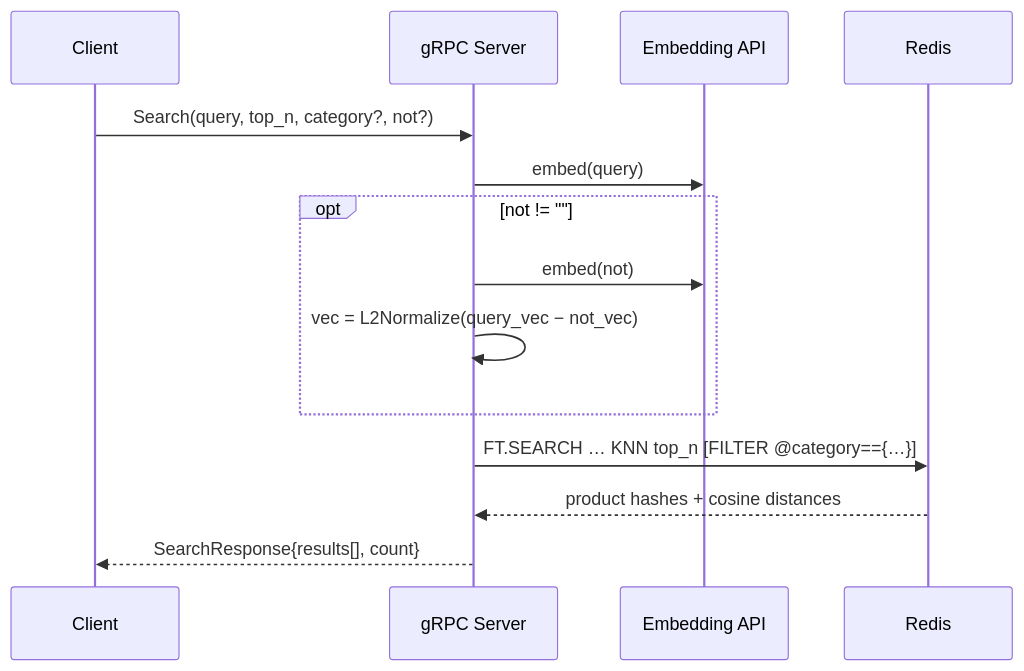
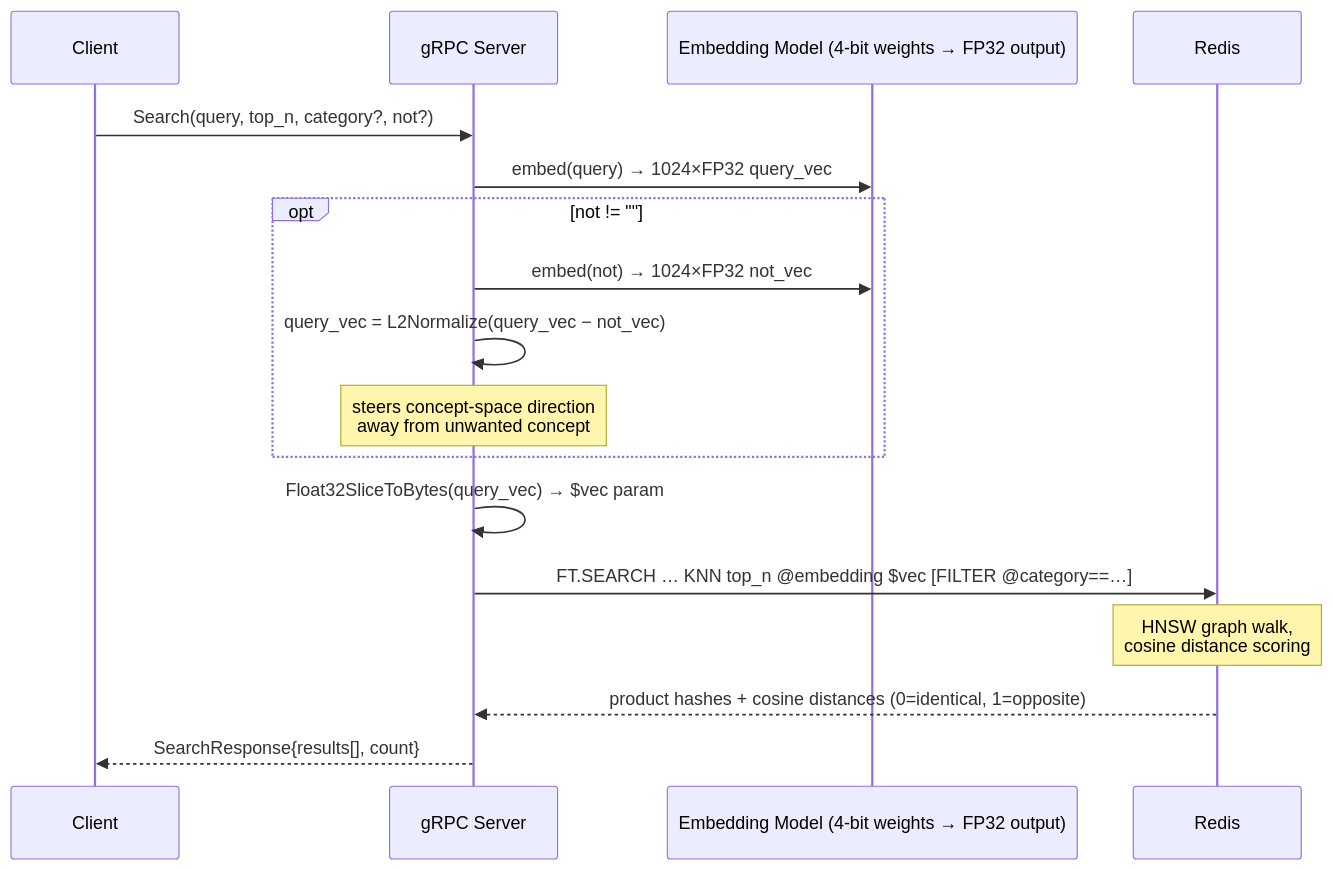
The third of 3 diagrams in README.md (joshdurbin/redis_vector_search_poc), drawn with Mermaid before and after one commit. The commit also changed other lines of this file, not shown here.

````diff
--- a/README.md
+++ b/README.md
@@ -47,17 +51,20 @@
 ```mermaid
 sequenceDiagram
     participant C as Client
     participant S as gRPC Server
-    participant E as Embedding API
+    participant E as Embedding Model (4-bit weights → FP32 output)
     participant R as Redis
 
     C->>S: Search(query, top_n, category?, not?)
-    S->>E: embed(query)
+    S->>E: embed(query) → 1024×FP32 query_vec
     opt not != ""
-        S->>E: embed(not)
-        S->>S: vec = L2Normalize(query_vec − not_vec)
+        S->>E: embed(not) → 1024×FP32 not_vec
+        S->>S: query_vec = L2Normalize(query_vec − not_vec)
+        note over S: steers concept-space direction<br/>away from unwanted concept
     end
-    S->>R: FT.SEARCH … KNN top_n [FILTER @category=={…}]
-    R-->>S: product hashes + cosine distances
+    S->>S: Float32SliceToBytes(query_vec) → $vec param
+    S->>R: FT.SEARCH … KNN top_n @embedding $vec [FILTER @category==…]
+    note over R: HNSW graph walk,<br/>cosine distance scoring
+    R-->>S: product hashes + cosine distances (0=identical, 1=opposite)
     S-->>C: SearchResponse{results[], count}
 ```
````
